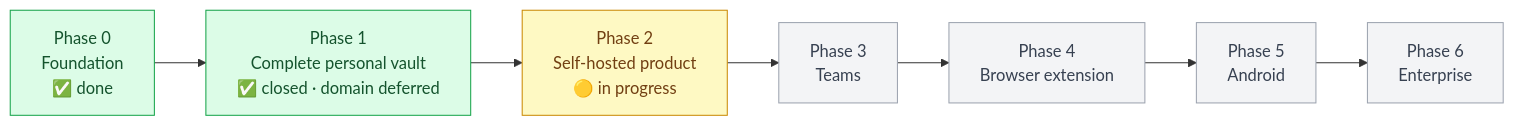
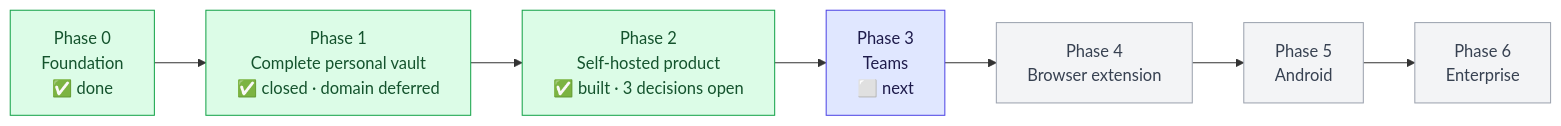
Before and after one commit to SHIVAM-SHARMA-766/vault: the diagram in docs/ROADMAP.md, drawn with Mermaid. The commit also changed other lines of this file and 9 other files, not shown here.

Commit message:
Phase 2 complete: install guide, decision 0013, roadmap, status, known issues and threat model updated

````diff
--- a/docs/ROADMAP.md
+++ b/docs/ROADMAP.md
@@ -18,13 +18,13 @@
 ```mermaid
 flowchart LR
   p0["Phase 0<br/>Foundation<br/>✅ done"]:::done --> p1["Phase 1<br/>Complete personal vault<br/>✅ closed · domain deferred"]:::done
-  p1 --> p2["Phase 2<br/>Self-hosted product<br/>🟡 in progress"]:::now
-  p2 --> p3["Phase 3<br/>Teams"]:::later
+  p1 --> p2["Phase 2<br/>Self-hosted product<br/>✅ built · 3 decisions open"]:::done
+  p2 --> p3["Phase 3<br/>Teams<br/>⬜ next"]:::next
   p3 --> p4["Phase 4<br/>Browser extension"]:::later
   p4 --> p5["Phase 5<br/>Android"]:::later
   p5 --> p6["Phase 6<br/>Enterprise"]:::later
   classDef done fill:#dcfce7,stroke:#16a34a,color:#14532d
   classDef now fill:#fef9c3,stroke:#ca8a04,color:#713f12
   classDef next fill:#e0e7ff,stroke:#4f46e5,color:#1e1b4b
   classDef later fill:#f3f4f6,stroke:#9ca3af,color:#374151
 ```
````
